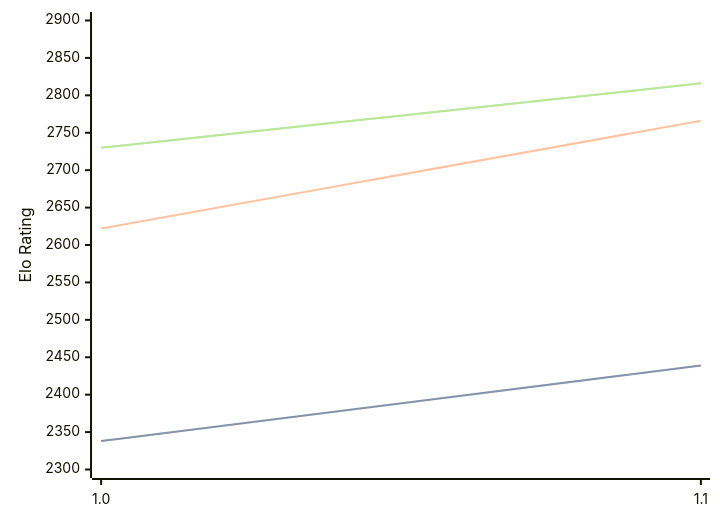
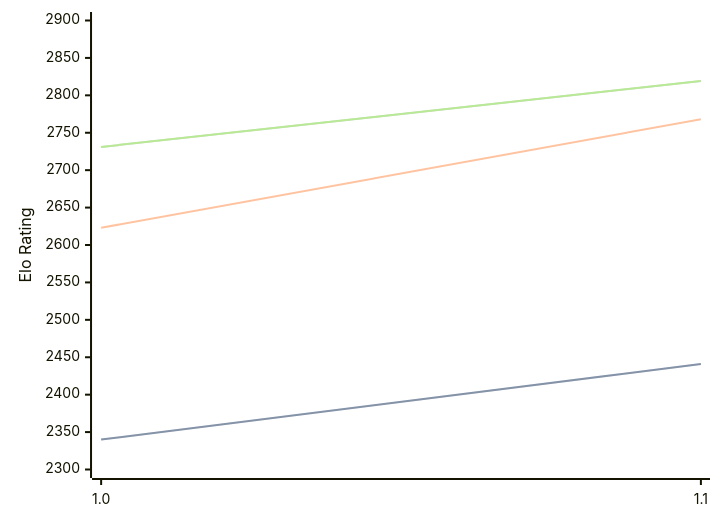
The diagram in engines/Casanchess.md (computer-chess-index/cci), drawn with Mermaid before and after one commit. The commit also changed other lines of this file, not shown here.

Commit message:
Update CCI Ratings (ELO VLTC) - 2026-08-22

````diff
--- a/engines/Casanchess.md
+++ b/engines/Casanchess.md
@@ -32,11 +32,11 @@
 ```mermaid
 %%{init: {"theme":"base","themeVariables":{"seriesColors:['#a3a3a3','#222221','#faa371']}}}%%
 xychart-beta
   x-axis ["1.0", "1.1"]
   y-axis "Elo Rating" 2300 --> 2900
-  line "STC (8.0+0.08s)" [2338, 2439]
-  line "STC (8.0+0.08s)" [2338, 2439]
-  line "LTC (60.0+0.60s)" [2622, 2766]
-  line "VLTC (2m24s+1.12s)" [2730, 2816]
-  line "VLTC (2m24s+1.12s)" [2730, 2816]
+  line "STC (8.0+0.08s)" [2340, 2441]
+  line "STC (8.0+0.08s)" [2340, 2441]
+  line "LTC (60.0+0.60s)" [2623, 2768]
+  line "VLTC (2m24s+1.12s)" [2731, 2819]
+  line "VLTC (2m24s+1.12s)" [2731, 2819]
 ```
````
